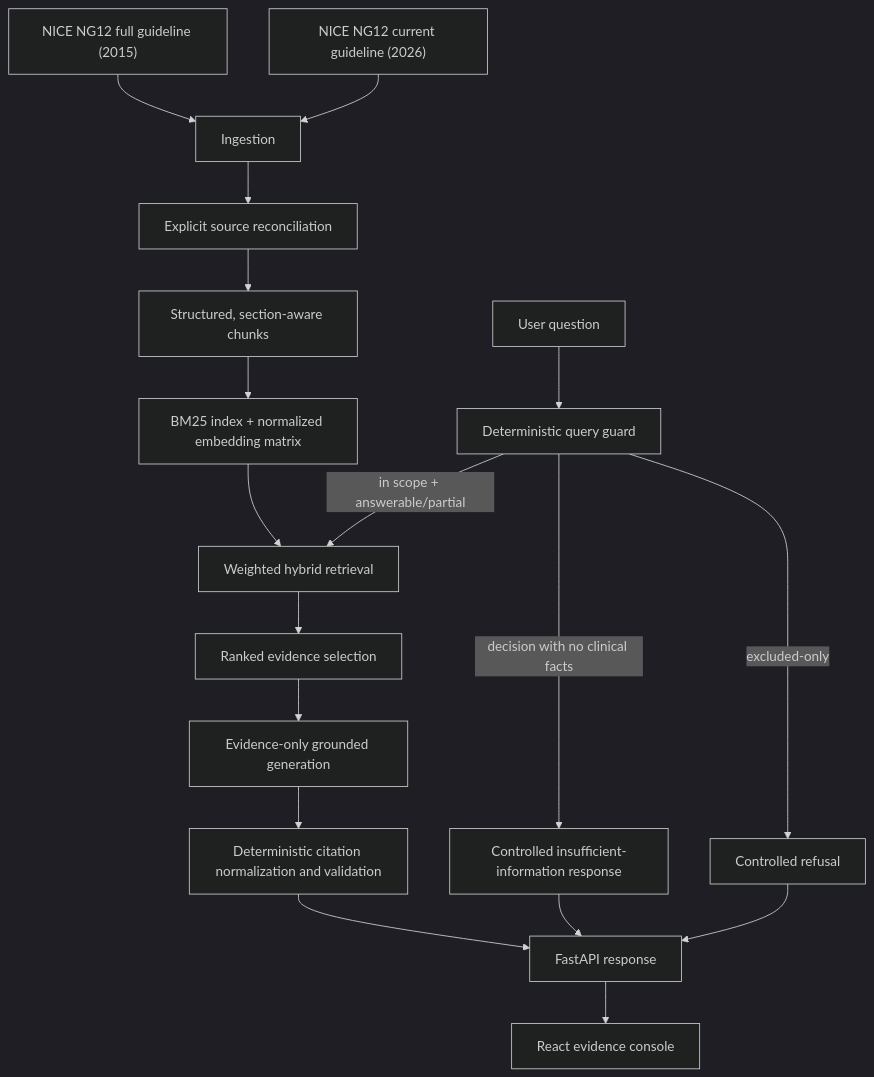
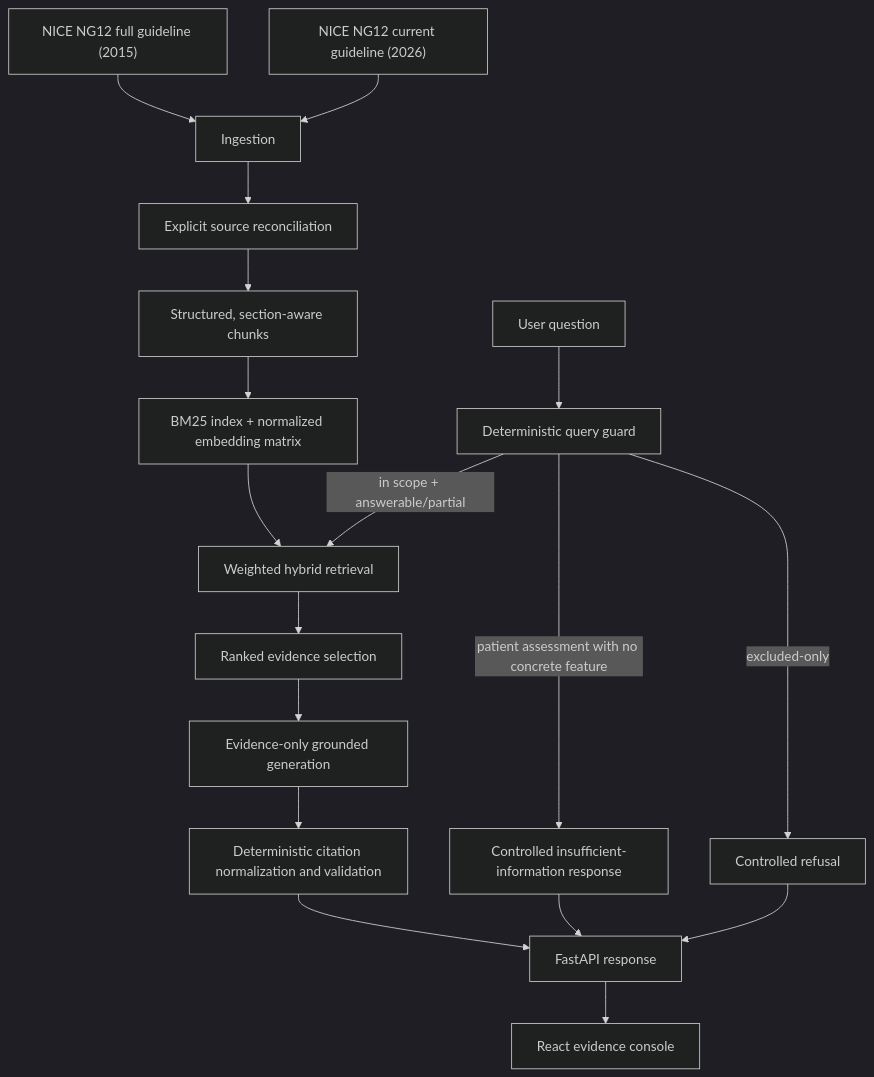
One commit to abdoabozena7/Instant_creativa changed the first of 2 diagrams in ARCHITECTURE.md. Above: the diagram before and after it, drawn with Mermaid (dark theme). The commit also changed other lines of this file and 17 other files, not shown here.

````diff
--- a/ARCHITECTURE.md
+++ b/ARCHITECTURE.md
@@ -7,20 +7,20 @@
 ```mermaid
 flowchart TD
     A["NICE NG12 current guideline (2026)"] --> C["Ingestion"]
     B["NICE NG12 full guideline (2015)"] --> C
     C --> D["Explicit source reconciliation"]
     D --> E["Structured, section-aware chunks"]
     E --> F["BM25 index + normalized embedding matrix"]
     Q["User question"] --> G["Deterministic query guard"]
     G -->|"excluded-only"| R["Controlled refusal"]
-    G -->|"decision with no clinical facts"| U["Controlled insufficient-information response"]
+    G -->|"patient assessment with no concrete feature"| U["Controlled insufficient-information response"]
     G -->|"in scope + answerable/partial"| H["Weighted hybrid retrieval"]
     F --> H
     H --> I["Ranked evidence selection"]
     I --> J["Evidence-only grounded generation"]
     J --> K["Deterministic citation normalization and validation"]
     K --> L["FastAPI response"]
     R --> L
     U --> L
     L --> M["React evidence console"]
 ```
````
